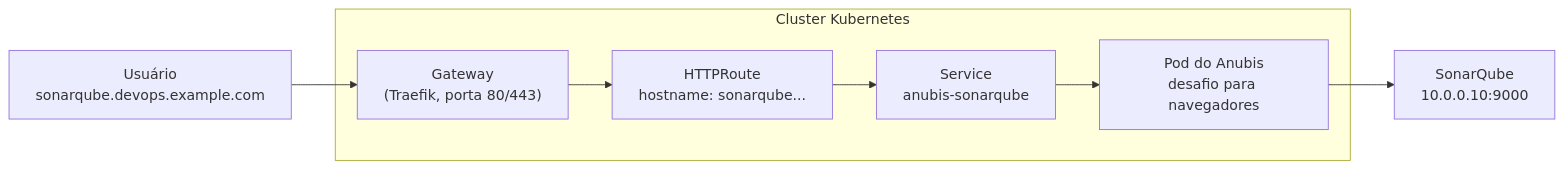
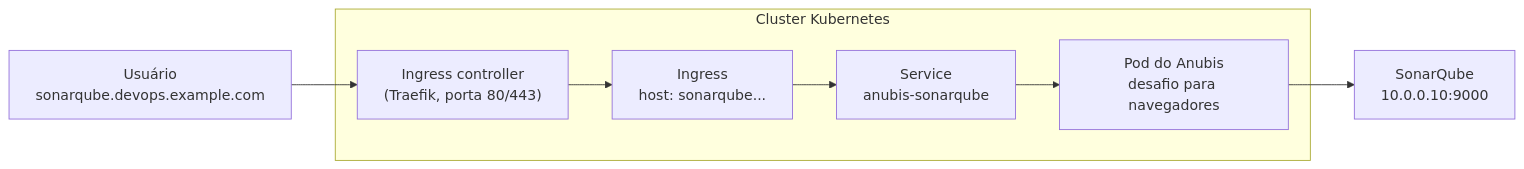
One commit to jcfenuchi/K8S-traefik-gateway-routes changed the first of 3 diagrams in README-PT-br.md. Above: the diagram before and after it, drawn with Mermaid. The commit also changed other lines of this file and 10 other files, not shown here.

First line of the commit message:
Troca Gateway API por Ingress padrão do Kubernetes

````diff
--- a/README-PT-br.md
+++ b/README-PT-br.md
@@ -27,12 +27,12 @@
 ```mermaid
 flowchart LR
     U["Usuário<br/>sonarqube.devops.example.com"] --> GW
 
     subgraph cluster["Cluster Kubernetes"]
-        GW["Gateway<br/>(Traefik, porta 80/443)"] --> R["HTTPRoute<br/>hostname: sonarqube..."]
+        GW["Ingress controller<br/>(Traefik, porta 80/443)"] --> R["Ingress<br/>host: sonarqube..."]
         R --> S["Service<br/>anubis-sonarqube"]
         S --> A["Pod do Anubis<br/>desafio para navegadores"]
     end
 
     A --> B["SonarQube<br/>10.0.0.10:9000"]
 ```
````
